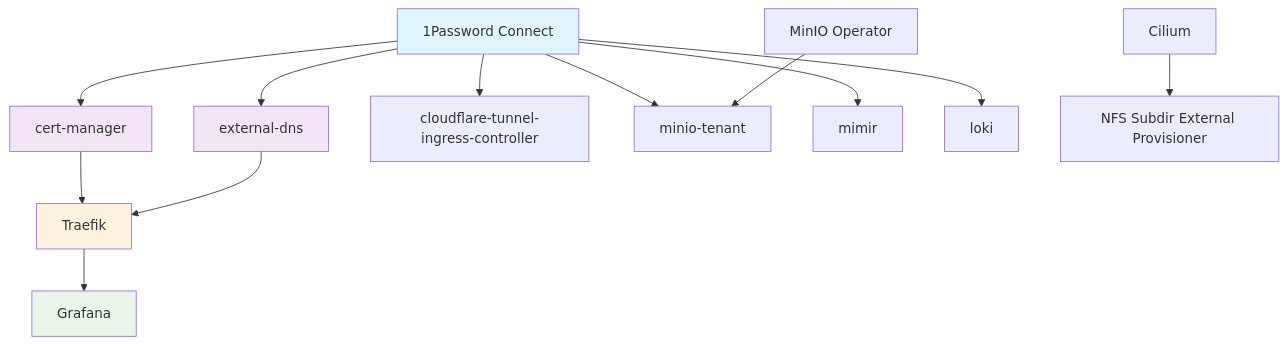
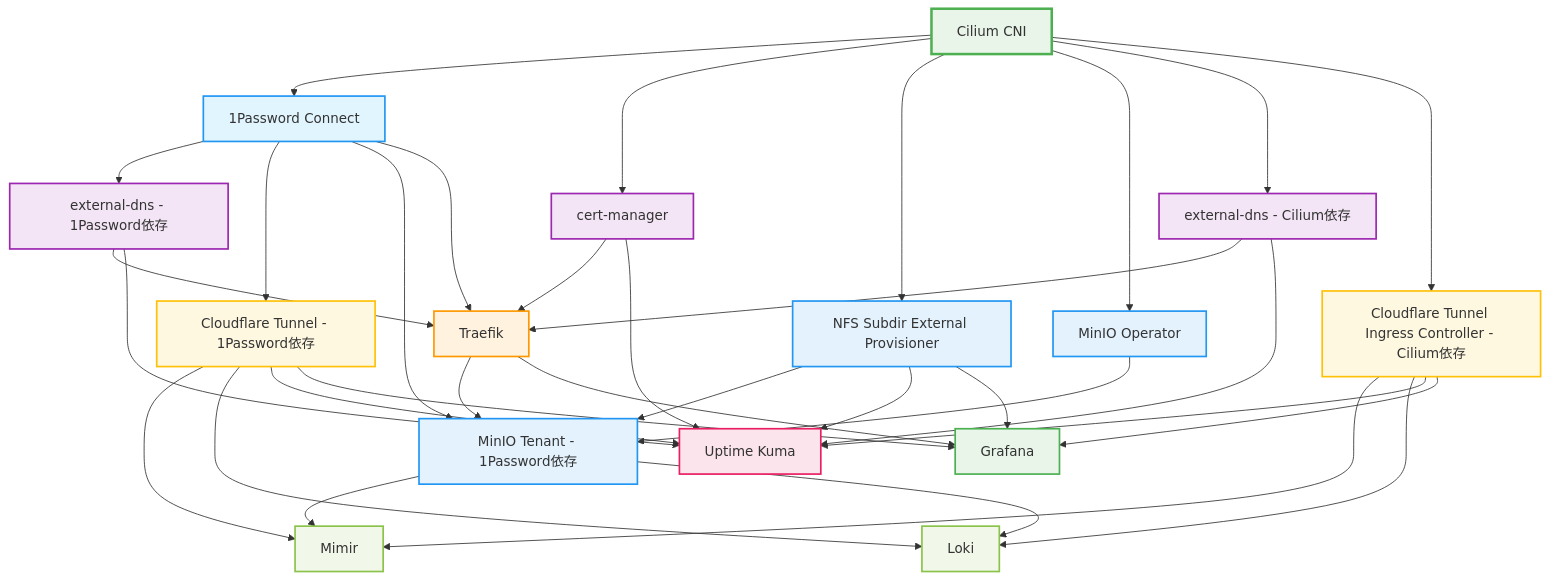
The diagram in helmfile/README.md (Soli0222/pke), drawn with Mermaid before and after one commit. The commit also changed other lines of this file and 1 other file, not shown here.

````diff
--- a/helmfile/README.md
+++ b/helmfile/README.md
@@ -76,22 +80,66 @@
 ```mermaid
 graph TD
-    A[1Password Connect] --> B[cert-manager]
-    A --> C[external-dns]
-    A --> D[cloudflare-tunnel-ingress-controller]
-    A --> E[minio-tenant]
-    A --> F[mimir]
-    A --> G[loki]
+    %% 基盤レイヤー（第1層）
+    H[Cilium CNI]
     
-    H[Cilium] --> I[NFS Subdir External Provisioner]
-    B --> J[Traefik]
+    %% 基盤サービス（第2層）- Ciliumに依存
+    H --> A[1Password Connect]
+    H --> B[cert-manager]
+    H --> I[NFS Subdir External Provisioner]
+    H --> L[MinIO Operator]
+    H --> C[external-dns - Cilium依存]
+    H --> D[Cloudflare Tunnel Ingress Controller - Cilium依存]
+    
+    %% シークレット・認証管理（第3層）
+    A --> C2[external-dns - 1Password依存]
+    A --> D2[Cloudflare Tunnel - 1Password依存]
+    A --> E[MinIO Tenant - 1Password依存]
+    
+    %% ロードバランサー・Ingress（第4層）
+    A --> J[Traefik]
+    B --> J
     C --> J
-    J --> K[Grafana]
+    C2 --> J
     
-    L[MinIO Operator] --> E
+    %% MinIOストレージ（第4層）
+    I --> E
+    L --> E
+    J --> E
     
-    style A fill:#e1f5fe
-    style B fill:#f3e5f5
-    style C fill:#f3e5f5
-    style J fill:#fff3e0
-    style K fill:#e8f5e8
+    %% アプリケーション・監視（第5層）
+    E --> F[Mimir]
+    E --> G[Loki]
+    D --> F
+    D2 --> F
+    D --> G
+    D2 --> G
+    
+    I --> K[Uptime Kuma]
+    B --> K
+    C --> K
+    C2 --> K
+    D --> K
+    D2 --> K
+    
+    I --> M[Grafana]
+    J --> M
+    D --> M
+    D2 --> M
+    
+    %% スタイリング
+    style H fill:#e8f5e8,stroke:#4caf50,stroke-width:3px
+    style A fill:#e1f5fe,stroke:#2196f3,stroke-width:2px
+    style B fill:#f3e5f5,stroke:#9c27b0,stroke-width:2px
+    style C fill:#f3e5f5,stroke:#9c27b0,stroke-width:2px
+    style C2 fill:#f3e5f5,stroke:#9c27b0,stroke-width:2px
+    style J fill:#fff3e0,stroke:#ff9800,stroke-width:2px
+    style D fill:#fff8e1,stroke:#ffc107,stroke-width:2px
+    style D2 fill:#fff8e1,stroke:#ffc107,stroke-width:2px
+    style K fill:#fce4ec,stroke:#e91e63,stroke-width:2px
+    style M fill:#e8f5e8,stroke:#4caf50,stroke-width:2px
+    style F fill:#f1f8e9,stroke:#8bc34a,stroke-width:2px
+    style G fill:#f1f8e9,stroke:#8bc34a,stroke-width:2px
+    style I fill:#e3f2fd,stroke:#2196f3,stroke-width:2px
+    style L fill:#e3f2fd,stroke:#2196f3,stroke-width:2px
+    style E fill:#e3f2fd,stroke:#2196f3,stroke-width:2px
 ```
````
